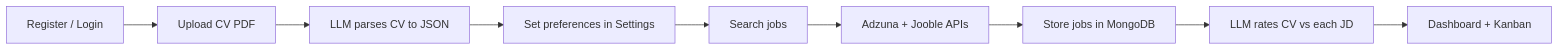
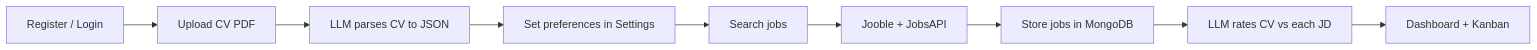
The ninth of 9 diagrams in README.md (itsmesaim/jobRadarAI), drawn with Mermaid before and after one commit. The commit also changed other lines of this file, not shown here.

````diff
--- a/README.md
+++ b/README.md
@@ -22,11 +283,11 @@
 ```mermaid
 flowchart LR
     A[Register / Login] --> B[Upload CV PDF]
     B --> C[LLM parses CV to JSON]
     C --> D[Set preferences in Settings]
     D --> E[Search jobs]
-    E --> F[Adzuna + Jooble APIs]
+    E --> F[Jooble + JobsAPI]
     F --> G[Store jobs in MongoDB]
     G --> H[LLM rates CV vs each JD]
     H --> I[Dashboard + Kanban]
 ```
````
